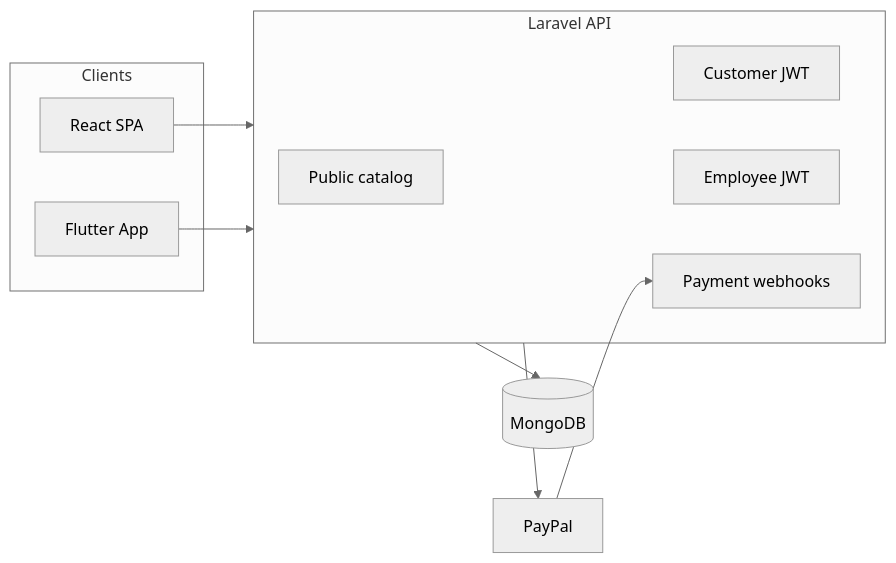
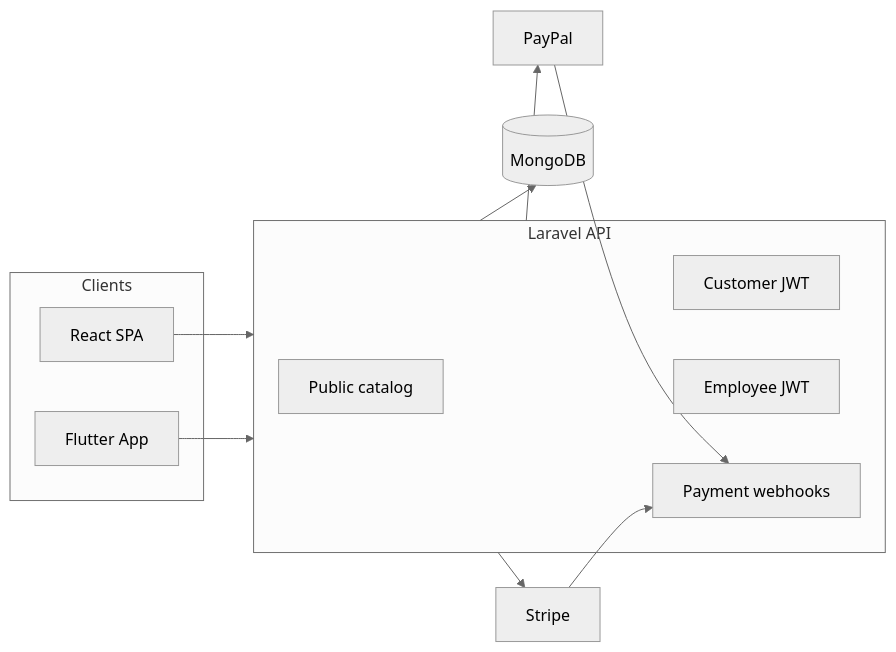
The diagram in project.md (abedalroufahmad-ctrl/bookstore), drawn with Mermaid (neutral theme) before and after one commit. The commit also changed other lines of this file and 1 other file, not shown here.

````diff
--- a/project.md
+++ b/project.md
@@ -21,20 +21,23 @@
 ```mermaid
 flowchart LR
   subgraph clients [Clients]
     Web[React SPA]
     Mobile[Flutter App]
   end
   subgraph api [Laravel API]
     Public[Public catalog]
     Cust[Customer JWT]
     Emp[Employee JWT]
     Webhooks[Payment webhooks]
   end
   DB[(MongoDB)]
   PayPal[PayPal]
+  Stripe[Stripe]
   Web --> api
   Mobile --> api
   api --> DB
   api --> PayPal
+  api --> Stripe
   PayPal --> Webhooks
+  Stripe --> Webhooks
 ```
````
